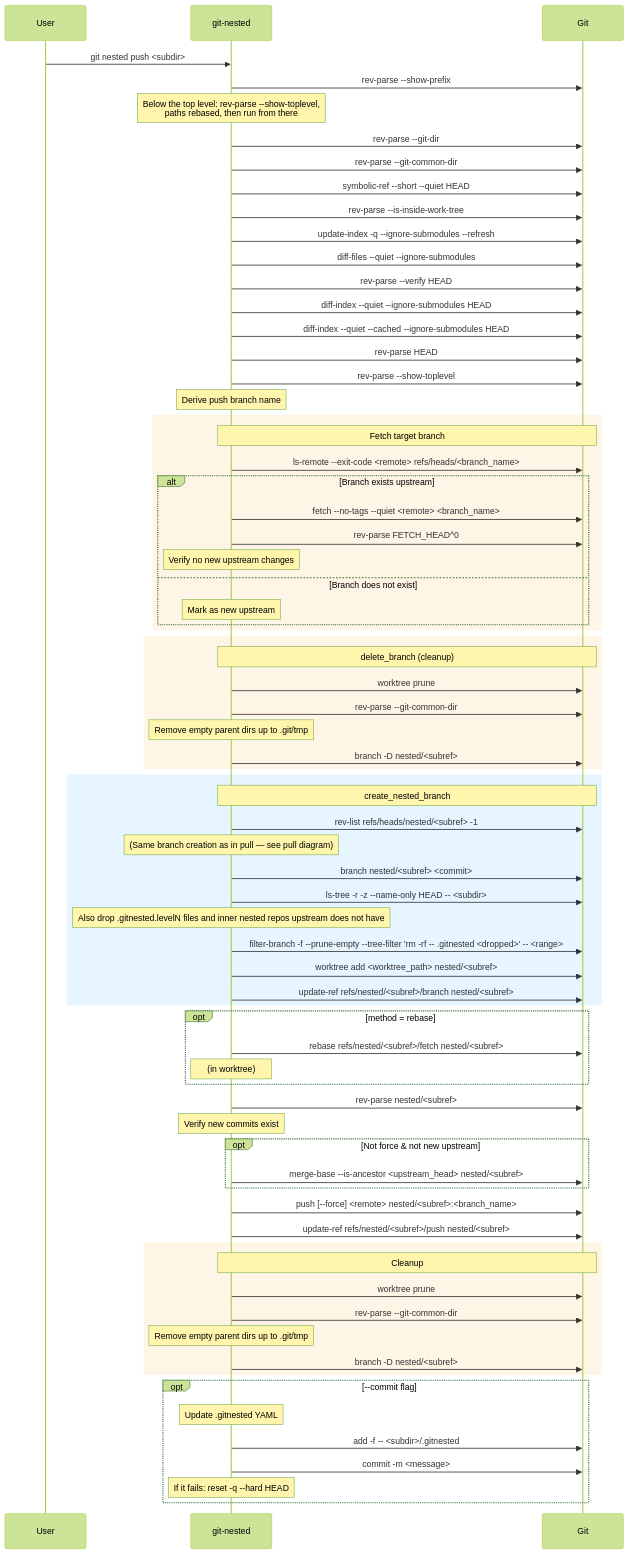
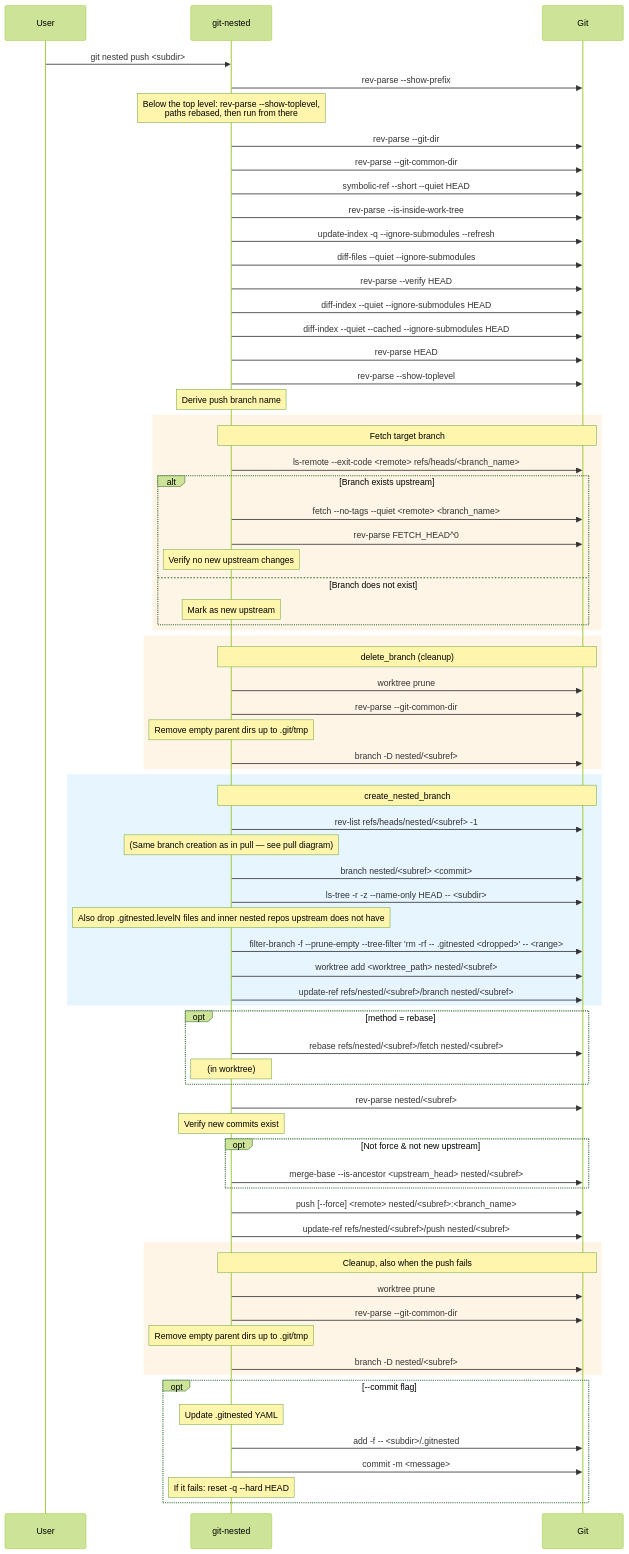
Before and after one commit to thorsten-klein/git-nested: the fifth of 14 diagrams in docs/diagrams.md, drawn with Mermaid (forest theme). The commit also changed 3 other files, not shown here.

```diff
--- a/docs/diagrams.md
+++ b/docs/diagrams.md
@@ -304,7 +304,7 @@
     git-nested->>Git: update-ref refs/nested/<subref>/push nested/<subref>
 
     rect rgb(255, 245, 230)
-        Note over git-nested,Git: Cleanup
+        Note over git-nested,Git: Cleanup, also when the push fails
         git-nested->>Git: worktree prune
         git-nested->>Git: rev-parse --git-common-dir
         Note over git-nested: Remove empty parent dirs up to .git/tmp
```
